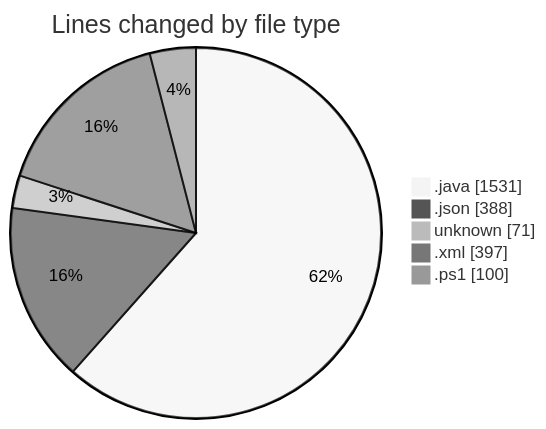
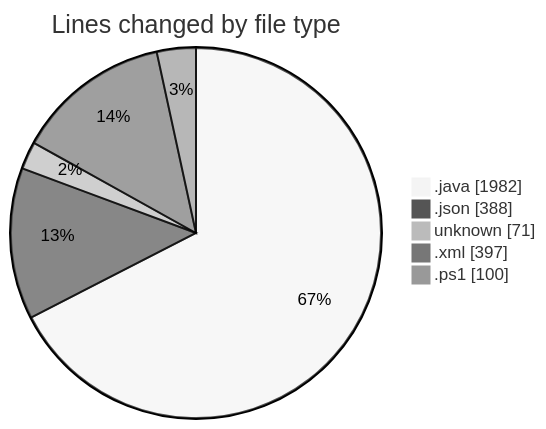
Before and after one commit to charlie-sans/code-tracking: the first of 2 diagrams in 2025-02-25/micros/README.md, drawn with Mermaid (neutral theme). The commit also changed other lines of this file and 1 other file, not shown here.

````diff
--- a/2025-02-25/micros/README.md
+++ b/2025-02-25/micros/README.md
@@ -28,9 +29,9 @@
 ```mermaid
 pie showData
 title Lines changed by file type
-".java" : 1531
+".java" : 1982
 ".json" : 388
 "unknown" : 71
 ".xml" : 397
 ".ps1" : 100
 ```
````
